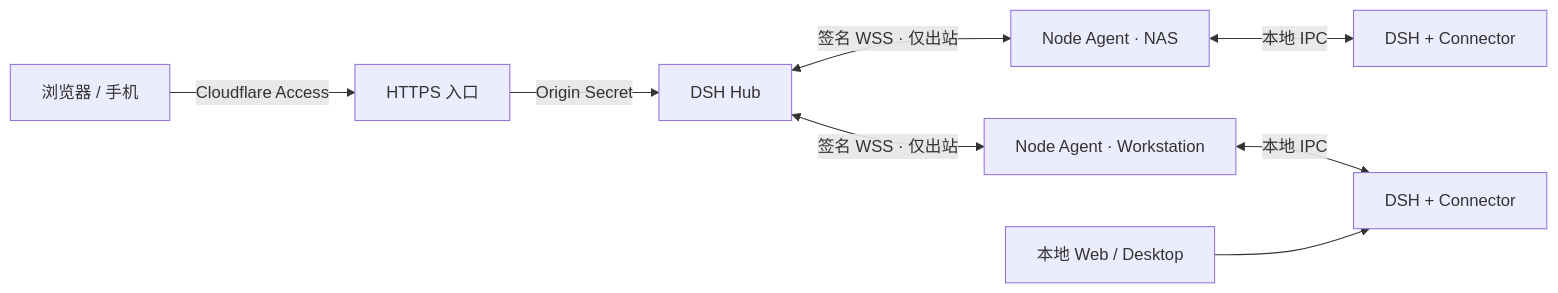
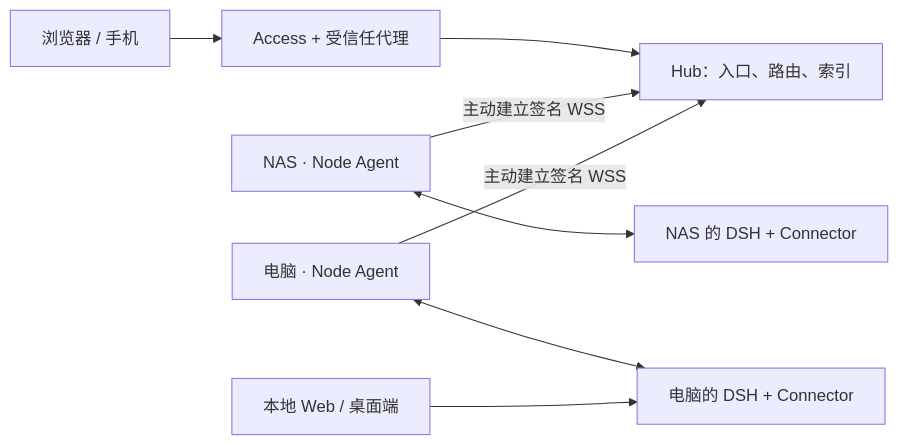
The diagram in README.md (k1412/dsh-hub), drawn with Mermaid before and after one commit. The commit also changed other lines of this file and 13 other files, not shown here.

````diff
--- a/README.md
+++ b/README.md
@@ -69,10 +127,10 @@
 ```mermaid
 flowchart LR
-  Browser["浏览器 / 手机"] -->|"Cloudflare Access"| Proxy["HTTPS 入口"]
-  Proxy -->|"Origin Secret"| Hub["DSH Hub"]
-  Hub <-->|"签名 WSS · 仅出站"| AgentA["Node Agent · NAS"]
-  Hub <-->|"签名 WSS · 仅出站"| AgentB["Node Agent · Workstation"]
-  AgentA <-->|"本地 IPC"| RuntimeA["DSH + Connector"]
-  AgentB <-->|"本地 IPC"| RuntimeB["DSH + Connector"]
-  Local["本地 Web / Desktop"] --> RuntimeB
+  Browser["浏览器 / 手机"] --> Access["Access + 受信任代理"]
+  Access --> Hub["Hub：入口、路由、索引"]
+  AgentA["NAS · Node Agent"] -->|"主动建立签名 WSS"| Hub
+  AgentB["电脑 · Node Agent"] -->|"主动建立签名 WSS"| Hub
+  AgentA <--> RuntimeA["NAS 的 DSH + Connector"]
+  AgentB <--> RuntimeB["电脑的 DSH + Connector"]
+  Local["本地 Web / 桌面端"] --> RuntimeB
 ```
````
